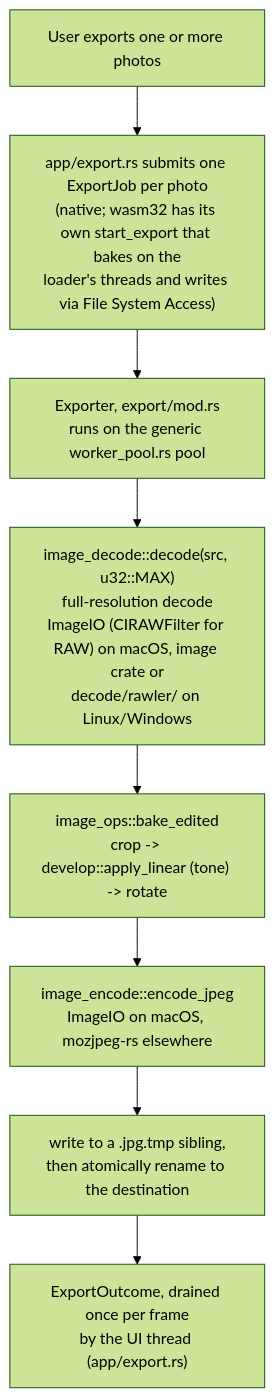
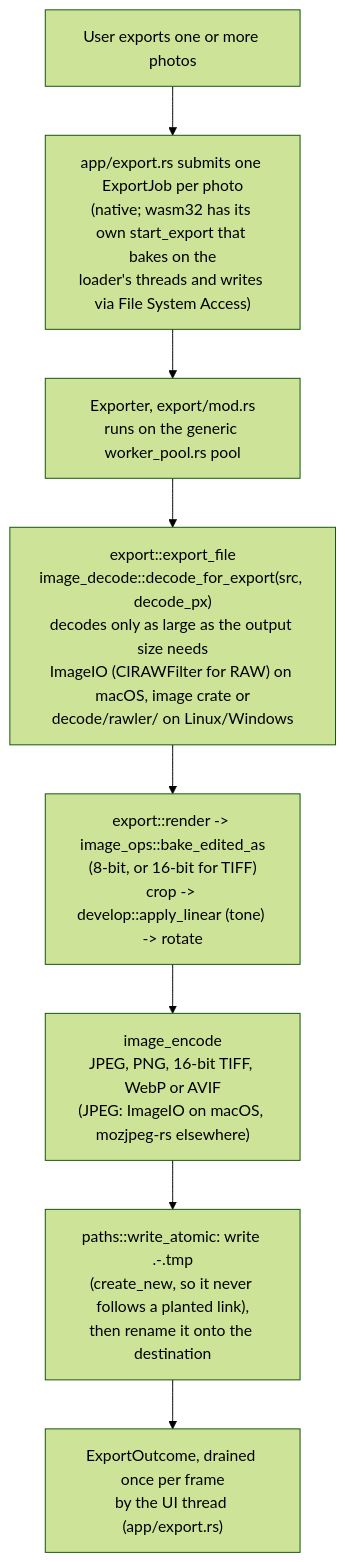
Before and after one commit to andrewyao/lightphotos: the third of 4 diagrams in docs/ARCHITECTURE.md, drawn with Mermaid (forest theme). The commit also changed other lines of this file and 2 other files, not shown here.

First line of the commit message:
docs: Fix stale references in the architecture docs

````diff
--- a/docs/ARCHITECTURE.md
+++ b/docs/ARCHITECTURE.md
@@ -236,11 +237,11 @@
 ```mermaid
 flowchart TD
     exportbtn["User exports one or more photos"]
     exportbtn --> submit["app/export.rs submits one ExportJob per photo\n(native; wasm32 has its own start_export that bakes on the\nloader's threads and writes via File System Access)"]
     submit --> pool["Exporter, export/mod.rs\nruns on the generic worker_pool.rs pool"]
-    pool --> decode["image_decode::decode(src, u32::MAX)\nfull-resolution decode\nImageIO (CIRAWFilter for RAW) on macOS, image crate or\ndecode/rawler/ on Linux/Windows"]
-    decode --> bake["image_ops::bake_edited\ncrop -> develop::apply_linear (tone) -> rotate"]
-    bake --> encode["image_encode::encode_jpeg\nImageIO on macOS, mozjpeg-rs elsewhere"]
-    encode --> write["write to a .jpg.tmp sibling,\nthen atomically rename to the destination"]
+    pool --> decode["export::export_file\nimage_decode::decode_for_export(src, decode_px)\ndecodes only as large as the output size needs\nImageIO (CIRAWFilter for RAW) on macOS, image crate or\ndecode/rawler/ on Linux/Windows"]
+    decode --> bake["export::render -> image_ops::bake_edited_as\n(8-bit, or 16-bit for TIFF)\ncrop -> develop::apply_linear (tone) -> rotate"]
+    bake --> encode["image_encode\nJPEG, PNG, 16-bit TIFF, WebP or AVIF\n(JPEG: ImageIO on macOS, mozjpeg-rs elsewhere)"]
+    encode --> write["paths::write_atomic: write <dest>.<pid>-<n>.tmp\n(create_new, so it never follows a planted link),\nthen rename it onto the destination"]
     write --> outcome["ExportOutcome, drained once per frame\nby the UI thread (app/export.rs)"]
 ```
````
